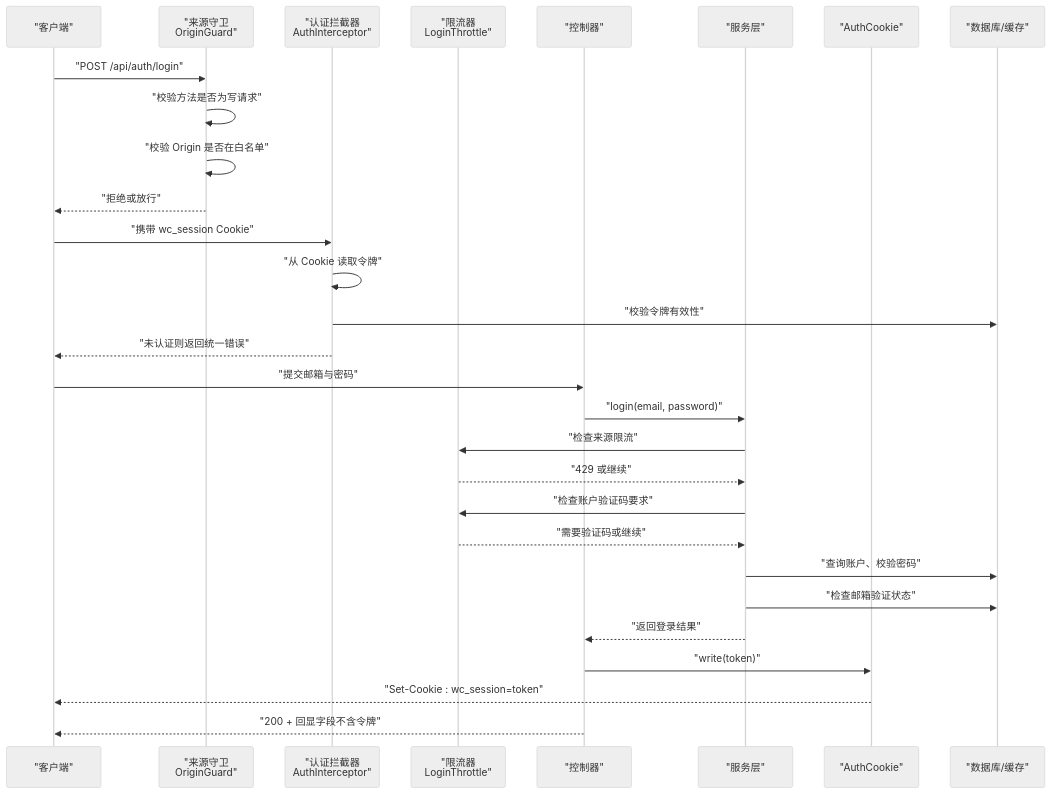
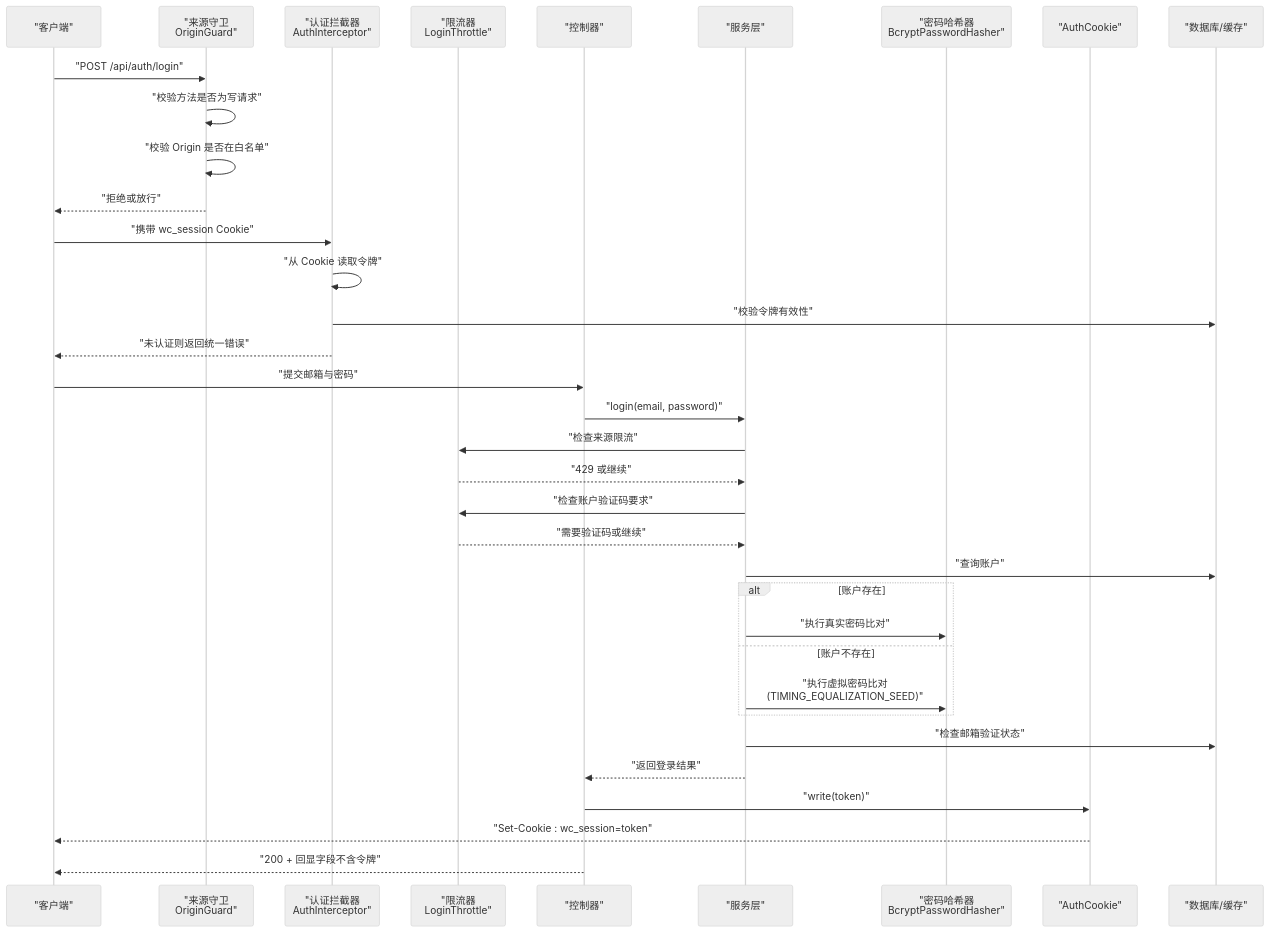
The second of 11 diagrams in .qoder/repowiki/zh/content/后端开发/WanderChain 认证系统.md (luyitiger6/my-first-project), drawn with Mermaid (neutral theme) before and after one commit. The commit also changed other lines of this file and 34 other files, not shown here.

````diff
--- a/.qoder/repowiki/zh/content/后端开发/WanderChain 认证系统.md
+++ b/.qoder/repowiki/zh/content/后端开发/WanderChain 认证系统.md
@@ -158,31 +168,37 @@
 ```mermaid
 sequenceDiagram
 participant Client as "客户端"
 participant Origin as "来源守卫<br/>OriginGuard"
 participant AuthInt as "认证拦截器<br/>AuthInterceptor"
 participant Throttle as "限流器<br/>LoginThrottle"
 participant Controller as "控制器"
 participant Service as "服务层"
+participant Hasher as "密码哈希器<br/>BcryptPasswordHasher"
 participant Cookie as "AuthCookie"
 participant Store as "数据库/缓存"
 Client->>Origin : "POST /api/auth/login"
 Origin->>Origin : "校验方法是否为写请求"
 Origin->>Origin : "校验 Origin 是否在白名单"
 Origin-->>Client : "拒绝或放行"
 Client->>AuthInt : "携带 wc_session Cookie"
 AuthInt->>AuthInt : "从 Cookie 读取令牌"
 AuthInt->>Store : "校验令牌有效性"
 AuthInt-->>Client : "未认证则返回统一错误"
 Client->>Controller : "提交邮箱与密码"
 Controller->>Service : "login(email, password)"
 Service->>Throttle : "检查来源限流"
 Throttle-->>Service : "429 或继续"
 Service->>Throttle : "检查账户验证码要求"
 Throttle-->>Service : "需要验证码或继续"
-Service->>Store : "查询账户、校验密码"
+Service->>Store : "查询账户"
+alt 账户存在
+Service->>Hasher : "执行真实密码比对"
+else 账户不存在
+Service->>Hasher : "执行虚拟密码比对<br/>(TIMING_EQUALIZATION_SEED)"
+end
 Service->>Store : "检查邮箱验证状态"
 Service-->>Controller : "返回登录结果"
 Controller->>Cookie : "write(token)"
 Cookie-->>Client : "Set-Cookie : wc_session=token"
 Controller-->>Client : "200 + 回显字段不含令牌"
 ```
````
